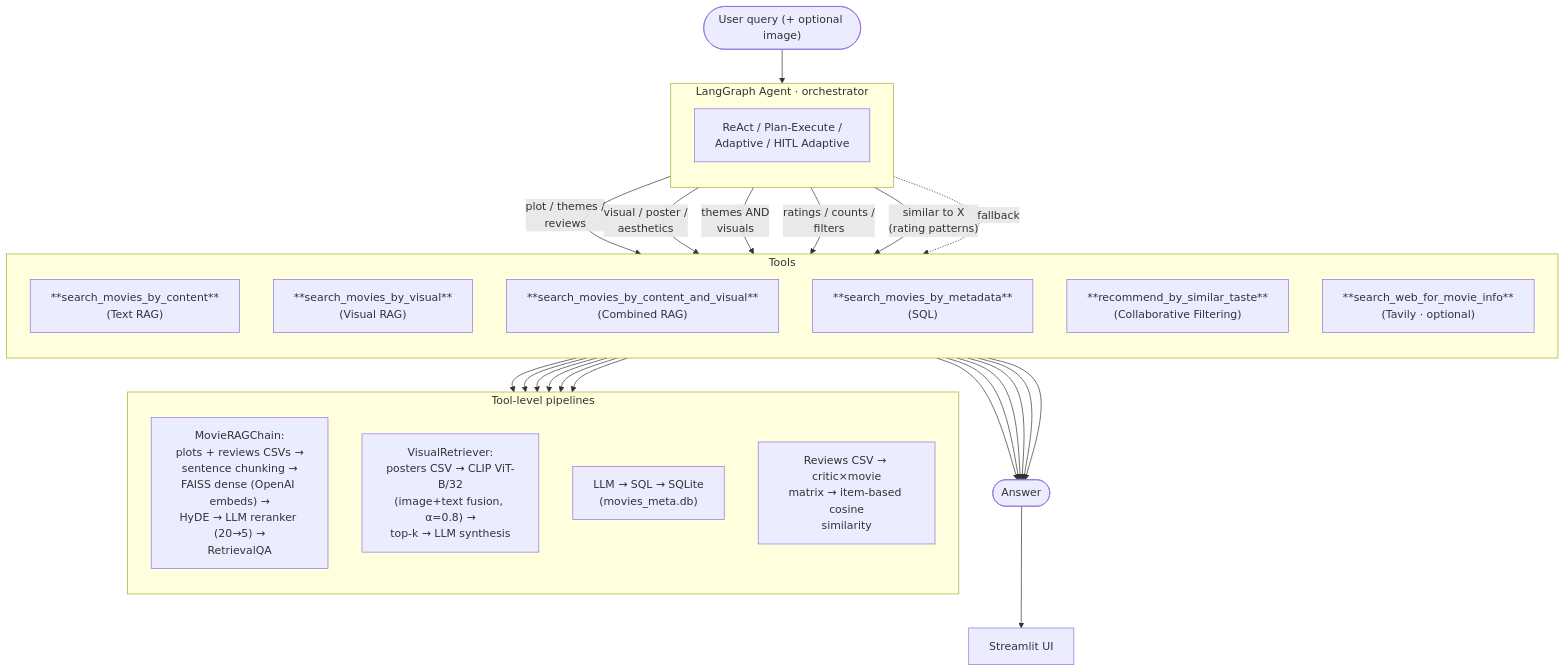
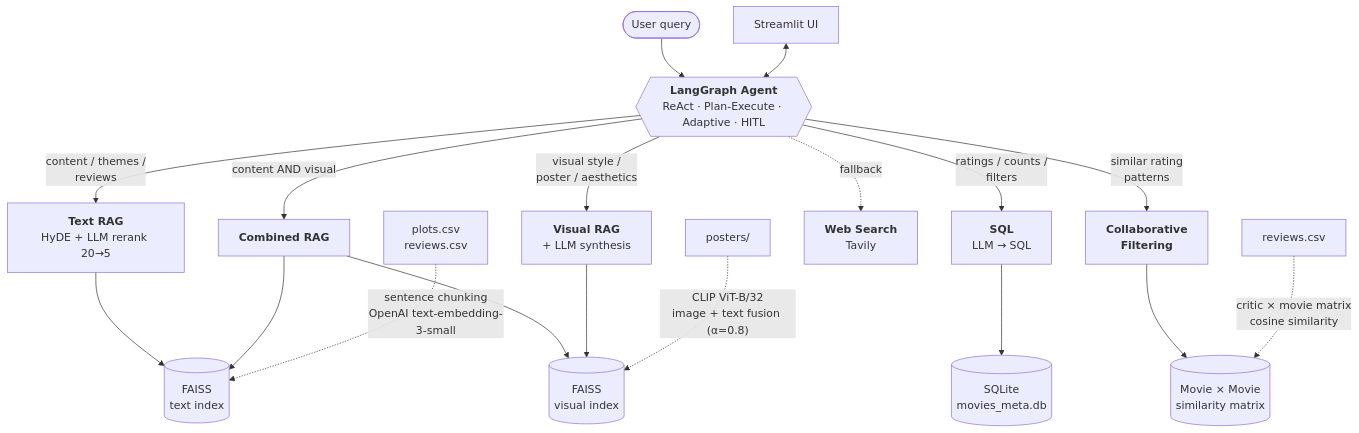
Before and after one commit to sirandou/movie-rag: the diagram in README.md, drawn with Mermaid. The commit also changed other lines of this file, not shown here.

First line of the commit message:
docs: polish README tone and improve architecture diagram clarity

````diff
--- a/README.md
+++ b/README.md
@@ -13,49 +17,31 @@
 ```mermaid
 flowchart TB
-    U(["User query (+ optional image)"]) --> A
+    U([User query]) --> AG
 
-    subgraph Agents["LangGraph Agent · orchestrator"]
-      direction TB
-      A["ReAct / Plan-Execute /\nAdaptive / HITL Adaptive"]
-    end
+    AG{{"<b>LangGraph Agent</b><br/>ReAct · Plan-Execute · Adaptive · HITL"}}
 
-    A -- "plot / themes /\nreviews" --> T1
-    A -- "visual / poster /\naesthetics" --> T2
-    A -- "themes AND\nvisuals" --> T3
-    A -- "ratings / counts /\nfilters" --> T4
-    A -- "similar to X\n(rating patterns)" --> T5
-    A -. "fallback" .-> T6
+    AG -->|"content / themes /<br/>reviews"| T1["<b>Text RAG</b><br/>HyDE + LLM rerank 20→5"]
+    AG -->|"visual style /<br/>poster / aesthetics"| T2["<b>Visual RAG</b><br/>+ LLM synthesis"]
+    AG -->|"content AND visual"| T3["<b>Combined RAG</b>"]
+    AG -->|"ratings / counts /<br/>filters"| T4["<b>SQL</b><br/>LLM → SQL"]
+    AG -->|"similar rating<br/>patterns"| T5["<b>Collaborative<br/>Filtering</b>"]
+    AG -. "fallback" .-> T6["<b>Web Search</b><br/>Tavily"]
 
-    subgraph Tools["Tools"]
-      direction TB
-      T1["**search_movies_by_content**\n(Text RAG)"]
-      T2["**search_movies_by_visual**\n(Visual RAG)"]
-      T3["**search_movies_by_content_and_visual**\n(Combined RAG)"]
-      T4["**search_movies_by_metadata**\n(SQL)"]
-      T5["**recommend_by_similar_taste**\n(Collaborative Filtering)"]
-      T6["**search_web_for_movie_info**\n(Tavily · optional)"]
-    end
+    T1 --> IDX1
+    T3 --> IDX1
+    T3 --> IDX2
+    T2 --> IDX2
+    T4 --> IDX3
+    T5 --> IDX4
 
-    T1 --> P1
-    T2 --> P2
-    T3 --> P1
-    T3 --> P2
-    T4 --> P3
-    T5 --> P4
+    IDX1[("FAISS<br/>text index")]
+    IDX2[("FAISS<br/>visual index")]
+    IDX3[("SQLite<br/>movies_meta.db")]
+    IDX4[("Movie × Movie<br/>similarity matrix")]
 
-    subgraph Pipelines["Tool-level pipelines"]
-      direction TB
-      P1["MovieRAGChain:\nplots + reviews CSVs →\nsentence chunking →\nFAISS dense (OpenAI embeds) →\nHyDE → LLM reranker (20→5) →\nRetrievalQA"]
-      P2["VisualRetriever:\nposters CSV → CLIP ViT-B/32\n(image+text fusion, α=0.8) →\ntop-k → LLM synthesis"]
-      P3["LLM → SQL → SQLite\n(movies_meta.db)"]
-      P4["Reviews CSV → critic×movie\nmatrix → item-based cosine\nsimilarity"]
-    end
+    S1["plots.csv<br/>reviews.csv"] -. "sentence chunking<br/>OpenAI text-embedding-3-small" .-> IDX1
+    S2["posters/"] -. "CLIP ViT-B/32<br/>image + text fusion (α=0.8)" .-> IDX2
+    S3["reviews.csv"] -. "critic × movie matrix<br/>cosine similarity" .-> IDX4
 
-    T1 --> OUT
-    T2 --> OUT
-    T3 --> OUT
-    T4 --> OUT
-    T5 --> OUT
-    T6 --> OUT
-    OUT(["Answer"]) --> UI["Streamlit UI"]
+    UI["Streamlit UI"] <--> AG
 ```
````
